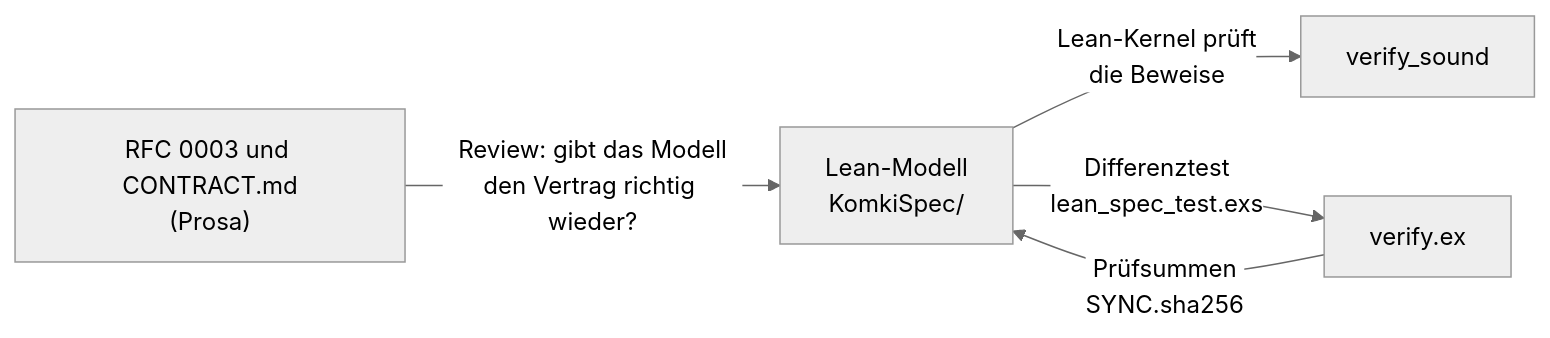
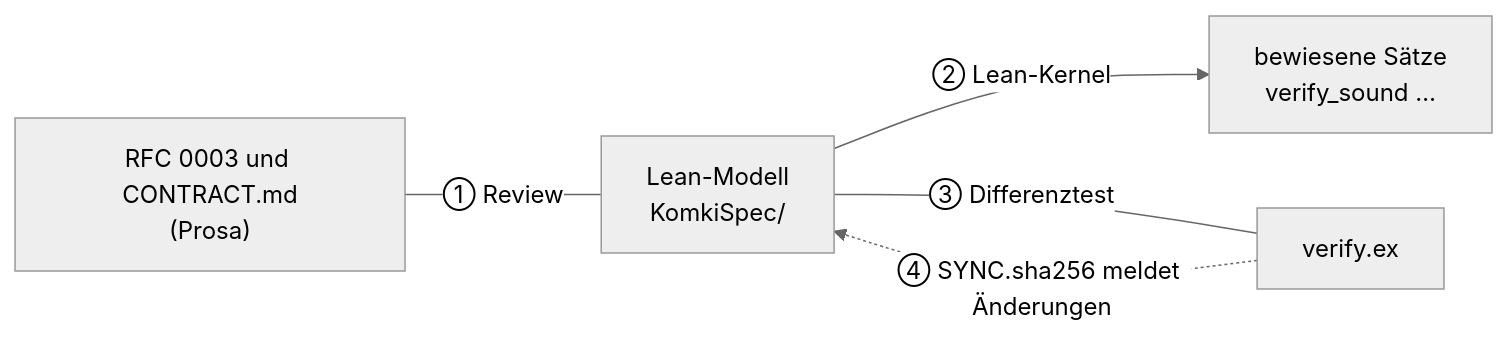
Before and after one commit to croesnick/kommunalpolitik_ki: the diagram in apps/komki_policy/lean/README.md, drawn with Mermaid (neutral theme). The commit also changed other lines of this file and 2 other files, not shown here.

First line of the commit message:
komki_policy: Lean-README im Wir-Stil, Beweisumfang genauer (Ticket #625)

````diff
--- a/apps/komki_policy/lean/README.md
+++ b/apps/komki_policy/lean/README.md
@@ -126,7 +157,11 @@
 ```mermaid
 flowchart LR
-  RFC["RFC 0003 und CONTRACT.md<br/>(Prosa)"] -->|"Review: gibt das Modell<br/>den Vertrag richtig wieder?"| Modell["Lean-Modell<br/>KomkiSpec/"]
-  Modell -->|"Lean-Kernel prüft<br/>die Beweise"| Beweis["verify_sound"]
-  Modell -->|"Differenztest<br/>lean_spec_test.exs"| Elixir["verify.ex"]
-  Elixir -->|"Prüfsummen<br/>SYNC.sha256"| Modell
+  Vertrag["RFC 0003 und CONTRACT.md<br/>(Prosa)"]
+  Modell["Lean-Modell<br/>KomkiSpec/"]
+  Saetze["bewiesene Sätze<br/>verify_sound …"]
+  Elixir["verify.ex"]
+  Vertrag ---|"① Review"| Modell
+  Modell -->|"② Lean-Kernel"| Saetze
+  Modell ---|"③ Differenztest"| Elixir
+  Elixir -.->|"④ SYNC.sha256 meldet Änderungen"| Modell
 ```
````
